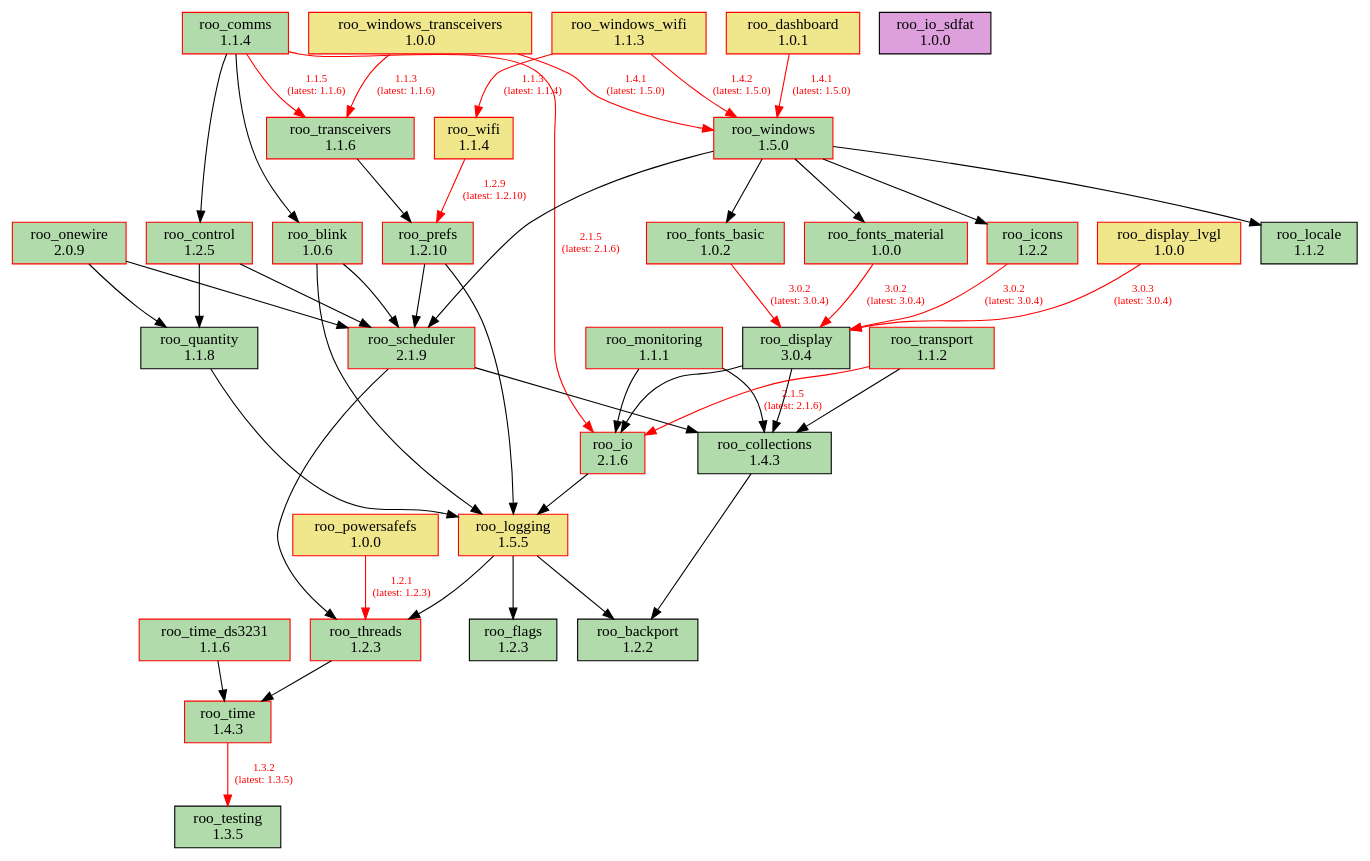
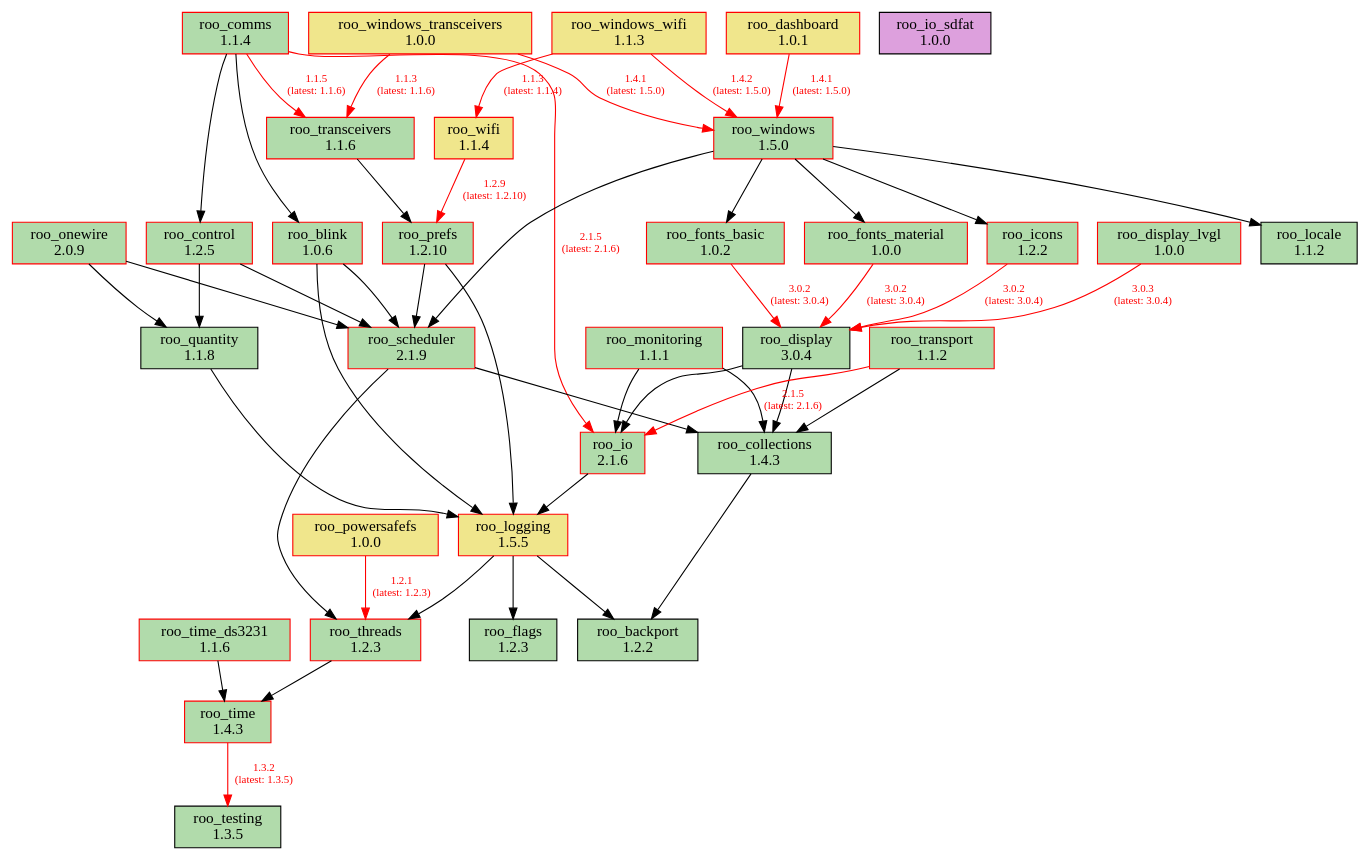
One commit to dejwk/roo-registry changed the diagram in doc/dependencies.dot. Above: the diagram before and after it, drawn with Graphviz. The commit also changed 1 other file, not shown here.

Commit message:
Updated graph.

```diff
--- a/doc/dependencies.dot
+++ b/doc/dependencies.dot
@@ -1,87 +1,87 @@
 digraph dependencies {
     rankdir=TB;
     node [shape=box, style=filled];
     edge [fontsize=10];
 
     // Modules
     "roo_backport" [label="roo_backport\n1.2.2", fillcolor="#b1dbab", color="black"];
     "roo_blink" [label="roo_blink\n1.0.6", fillcolor="#b1dbab", color="red"];
     "roo_collections" [label="roo_collections\n1.4.3", fillcolor="#b1dbab", color="black"];
     "roo_comms" [label="roo_comms\n1.1.4", fillcolor="#b1dbab", color="red"];
     "roo_control" [label="roo_control\n1.2.5", fillcolor="#b1dbab", color="red"];
     "roo_dashboard" [label="roo_dashboard\n1.0.1", fillcolor="khaki", color="red"];
     "roo_display" [label="roo_display\n3.0.4", fillcolor="#b1dbab", color="black"];
-    "roo_display_lvgl" [label="roo_display_lvgl\n1.0.0", fillcolor="khaki", color="red"];
+    "roo_display_lvgl" [label="roo_display_lvgl\n1.0.0", fillcolor="#b1dbab", color="red"];
     "roo_flags" [label="roo_flags\n1.2.3", fillcolor="#b1dbab", color="black"];
     "roo_fonts_basic" [label="roo_fonts_basic\n1.0.2", fillcolor="#b1dbab", color="red"];
     "roo_fonts_material" [label="roo_fonts_material\n1.0.0", fillcolor="#b1dbab", color="red"];
     "roo_icons" [label="roo_icons\n1.2.2", fillcolor="#b1dbab", color="red"];
     "roo_io" [label="roo_io\n2.1.6", fillcolor="#b1dbab", color="red"];
     "roo_io_sdfat" [label="roo_io_sdfat\n1.0.0", fillcolor="plum", color="black"];
     "roo_locale" [label="roo_locale\n1.1.2", fillcolor="#b1dbab", color="black"];
     "roo_logging" [label="roo_logging\n1.5.5", fillcolor="khaki", color="red"];
     "roo_monitoring" [label="roo_monitoring\n1.1.1", fillcolor="#b1dbab", color="red"];
     "roo_onewire" [label="roo_onewire\n2.0.9", fillcolor="#b1dbab", color="red"];
     "roo_powersafefs" [label="roo_powersafefs\n1.0.0", fillcolor="khaki", color="red"];
     "roo_prefs" [label="roo_prefs\n1.2.10", fillcolor="#b1dbab", color="red"];
     "roo_quantity" [label="roo_quantity\n1.1.8", fillcolor="#b1dbab", color="black"];
     "roo_scheduler" [label="roo_scheduler\n2.1.9", fillcolor="#b1dbab", color="red"];
     "roo_testing" [label="roo_testing\n1.3.5", fillcolor="#b1dbab", color="black"];
     "roo_threads" [label="roo_threads\n1.2.3", fillcolor="#b1dbab", color="red"];
     "roo_time" [label="roo_time\n1.4.3", fillcolor="#b1dbab", color="red"];
     "roo_time_ds3231" [label="roo_time_ds3231\n1.1.6", fillcolor="#b1dbab", color="red"];
     "roo_transceivers" [label="roo_transceivers\n1.1.6", fillcolor="#b1dbab", color="red"];
     "roo_transport" [label="roo_transport\n1.1.2", fillcolor="#b1dbab", color="red"];
     "roo_wifi" [label="roo_wifi\n1.1.4", fillcolor="khaki", color="red"];
     "roo_windows" [label="roo_windows\n1.5.0", fillcolor="#b1dbab", color="red"];
     "roo_windows_transceivers" [label="roo_windows_transceivers\n1.0.0", fillcolor="khaki", color="red"];
     "roo_windows_wifi" [label="roo_windows_wifi\n1.1.3", fillcolor="khaki", color="red"];
 
     // Dependencies
     "roo_blink" -> "roo_logging";
     "roo_blink" -> "roo_scheduler";
     "roo_collections" -> "roo_backport";
     "roo_comms" -> "roo_blink";
     "roo_comms" -> "roo_control";
     "roo_comms" -> "roo_io" [color=red, fontcolor=red, label="2.1.5\n(latest: 2.1.6)"];
     "roo_comms" -> "roo_transceivers" [color=red, fontcolor=red, label="1.1.5\n(latest: 1.1.6)"];
     "roo_control" -> "roo_quantity";
     "roo_control" -> "roo_scheduler";
     "roo_dashboard" -> "roo_windows" [color=red, fontcolor=red, label="1.4.1\n(latest: 1.5.0)"];
     "roo_display" -> "roo_collections";
     "roo_display" -> "roo_io";
     "roo_display_lvgl" -> "roo_display" [color=red, fontcolor=red, label="3.0.3\n(latest: 3.0.4)"];
     "roo_fonts_basic" -> "roo_display" [color=red, fontcolor=red, label="3.0.2\n(latest: 3.0.4)"];
     "roo_fonts_material" -> "roo_display" [color=red, fontcolor=red, label="3.0.2\n(latest: 3.0.4)"];
     "roo_icons" -> "roo_display" [color=red, fontcolor=red, label="3.0.2\n(latest: 3.0.4)"];
     "roo_io" -> "roo_logging";
     "roo_logging" -> "roo_backport";
     "roo_logging" -> "roo_flags";
     "roo_logging" -> "roo_threads";
     "roo_monitoring" -> "roo_collections";
     "roo_monitoring" -> "roo_io";
     "roo_onewire" -> "roo_scheduler";
     "roo_onewire" -> "roo_quantity";
     "roo_powersafefs" -> "roo_threads" [color=red, fontcolor=red, label="1.2.1\n(latest: 1.2.3)"];
     "roo_prefs" -> "roo_logging";
     "roo_prefs" -> "roo_scheduler";
     "roo_quantity" -> "roo_logging";
     "roo_scheduler" -> "roo_collections";
     "roo_scheduler" -> "roo_threads";
     "roo_threads" -> "roo_time";
     "roo_time" -> "roo_testing" [color=red, fontcolor=red, label="1.3.2\n(latest: 1.3.5)"];
     "roo_time_ds3231" -> "roo_time";
     "roo_transceivers" -> "roo_prefs";
     "roo_transport" -> "roo_collections";
     "roo_transport" -> "roo_io" [color=red, fontcolor=red, label="2.1.5\n(latest: 2.1.6)"];
     "roo_wifi" -> "roo_prefs" [color=red, fontcolor=red, label="1.2.9\n(latest: 1.2.10)"];
     "roo_windows" -> "roo_fonts_basic";
     "roo_windows" -> "roo_fonts_material";
     "roo_windows" -> "roo_locale";
     "roo_windows" -> "roo_icons";
     "roo_windows" -> "roo_scheduler";
     "roo_windows_transceivers" -> "roo_transceivers" [color=red, fontcolor=red, label="1.1.3\n(latest: 1.1.6)"];
     "roo_windows_transceivers" -> "roo_windows" [color=red, fontcolor=red, label="1.4.1\n(latest: 1.5.0)"];
     "roo_windows_wifi" -> "roo_wifi" [color=red, fontcolor=red, label="1.1.3\n(latest: 1.1.4)"];
     "roo_windows_wifi" -> "roo_windows" [color=red, fontcolor=red, label="1.4.2\n(latest: 1.5.0)"];
 }
```
